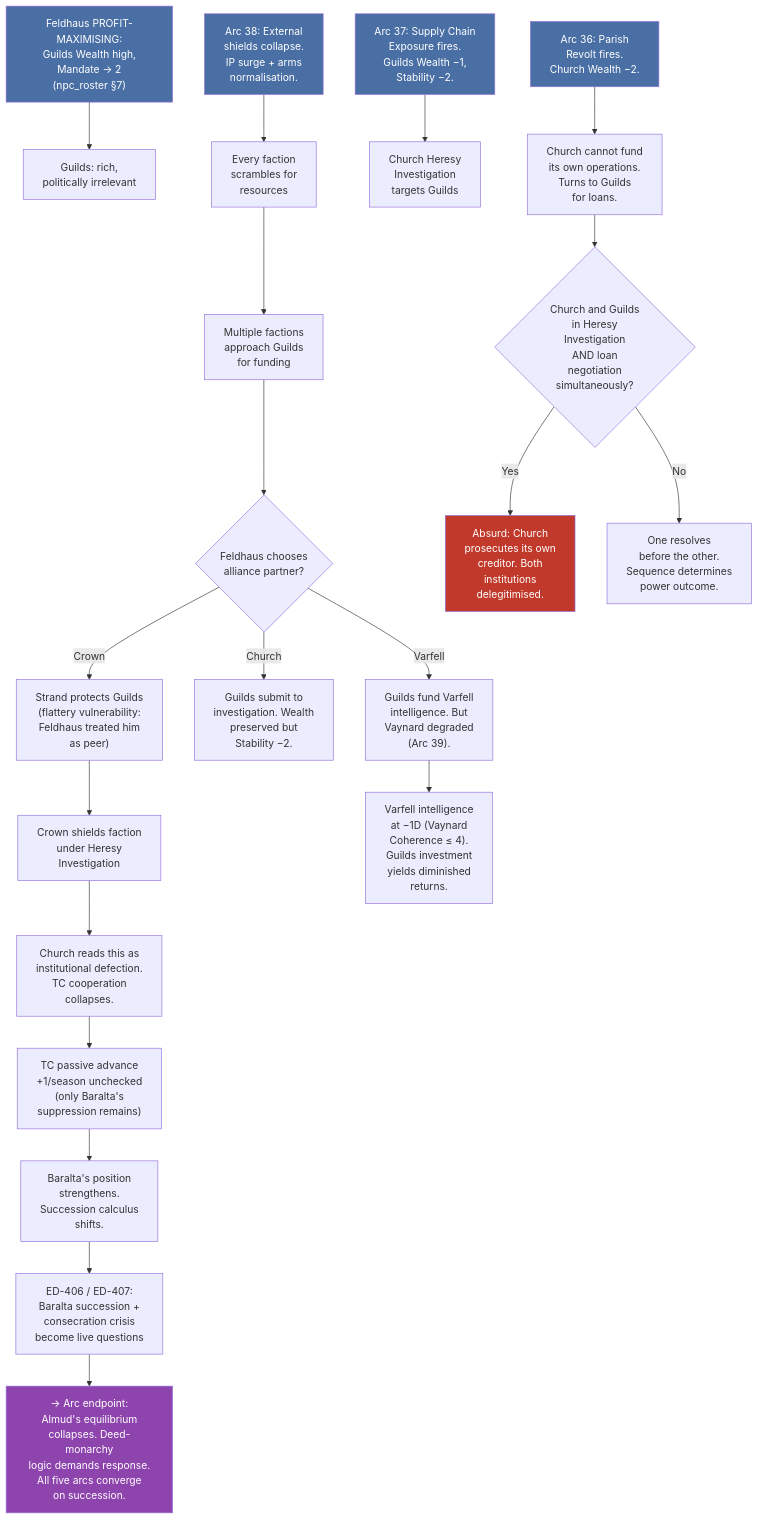
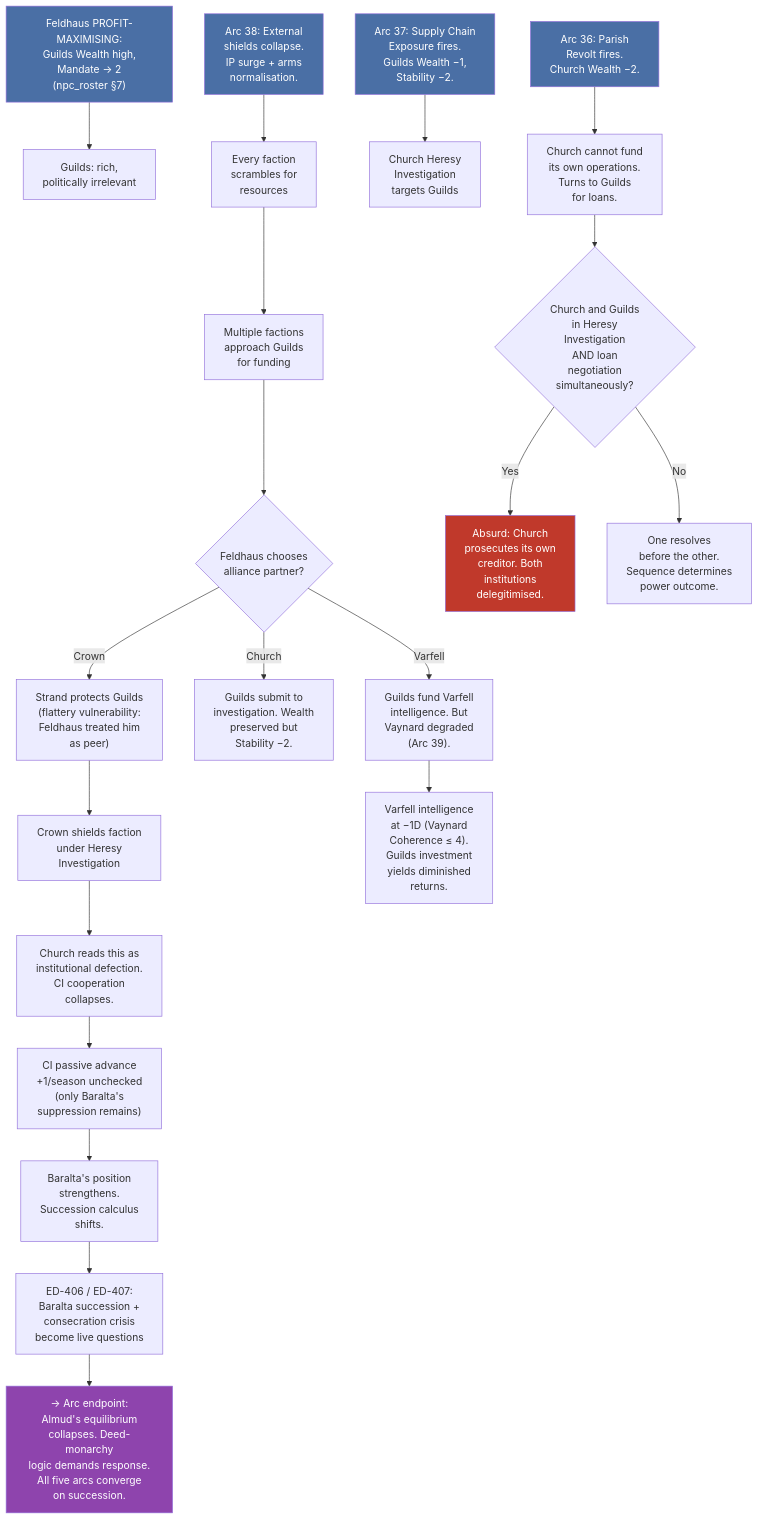
One commit to jordanelias/ttrpg changed the fifth of 5 diagrams in designs/arcs/gm_ref/arcs_36_40.md. Above: the diagram before and after it, drawn with Mermaid. The commit also changed other lines of this file and 18 other files, not shown here.

````diff
--- a/designs/arcs/gm_ref/arcs_36_40.md
+++ b/designs/arcs/gm_ref/arcs_36_40.md
@@ -334,36 +334,36 @@
 ```mermaid
 flowchart TD
     A["Feldhaus PROFIT-MAXIMISING:<br/>Guilds Wealth high,<br/>Mandate → 2<br/>(npc_roster §7)"] --> B["Guilds: rich,<br/>politically irrelevant"]
     
     C["Arc 38: External<br/>shields collapse.<br/>IP surge + arms<br/>normalisation."] --> D["Every faction<br/>scrambles for<br/>resources"]
     D --> E["Multiple factions<br/>approach Guilds<br/>for funding"]
     
     F["Arc 37: Supply Chain<br/>Exposure fires.<br/>Guilds Wealth −1,<br/>Stability −2."] --> G["Church Heresy<br/>Investigation<br/>targets Guilds"]
     
     E --> H{"Feldhaus chooses<br/>alliance partner?"}
     H -->|Crown| I["Strand protects Guilds<br/>(flattery vulnerability:<br/>Feldhaus treated him<br/>as peer)"]
     H -->|Church| J["Guilds submit to<br/>investigation. Wealth<br/>preserved but<br/>Stability −2."]
     H -->|Varfell| K["Guilds fund Varfell<br/>intelligence. But<br/>Vaynard degraded<br/>(Arc 39)."]
     
     I --> L["Crown shields faction<br/>under Heresy<br/>Investigation"]
-    L --> M["Church reads this as<br/>institutional defection.<br/>TC cooperation<br/>collapses."]
-    M --> N["TC passive advance<br/>+1/season unchecked<br/>(only Baralta's<br/>suppression remains)"]
+    L --> M["Church reads this as<br/>institutional defection.<br/>CI cooperation<br/>collapses."]
+    M --> N["CI passive advance<br/>+1/season unchecked<br/>(only Baralta's<br/>suppression remains)"]
     N --> O["Baralta's position<br/>strengthens.<br/>Succession calculus<br/>shifts."]
     
     K --> P["Varfell intelligence<br/>at −1D (Vaynard<br/>Coherence ≤ 4).<br/>Guilds investment<br/>yields diminished<br/>returns."]
     
     Q["Arc 36: Parish<br/>Revolt fires.<br/>Church Wealth −2."] --> R["Church cannot fund<br/>its own operations.<br/>Turns to Guilds<br/>for loans."]
     R --> S{"Church and Guilds<br/>in Heresy<br/>Investigation<br/>AND loan<br/>negotiation<br/>simultaneously?"}
     S -->|Yes| T["Absurd: Church<br/>prosecutes its own<br/>creditor. Both<br/>institutions<br/>delegitimised."]
     S -->|No| U["One resolves<br/>before the other.<br/>Sequence determines<br/>power outcome."]
     
     O --> V["ED-406 / ED-407:<br/>Baralta succession +<br/>consecration crisis<br/>become live questions"]
     V --> W["→ Arc endpoint:<br/>Almud's equilibrium<br/>collapses. Deed-monarchy<br/>logic demands response.<br/>All five arcs converge<br/>on succession."]
 
     style A fill:#4a6fa5,color:white
     style C fill:#4a6fa5,color:white
     style F fill:#4a6fa5,color:white
     style Q fill:#4a6fa5,color:white
     style T fill:#c0392b,color:white
     style W fill:#8e44ad,color:white
 ```
````
